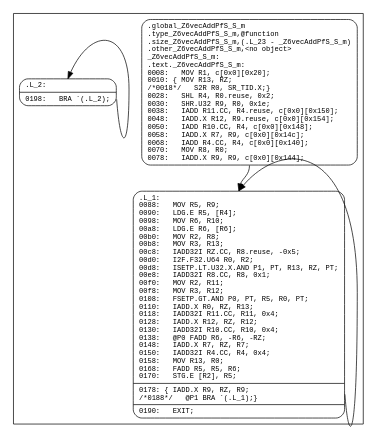
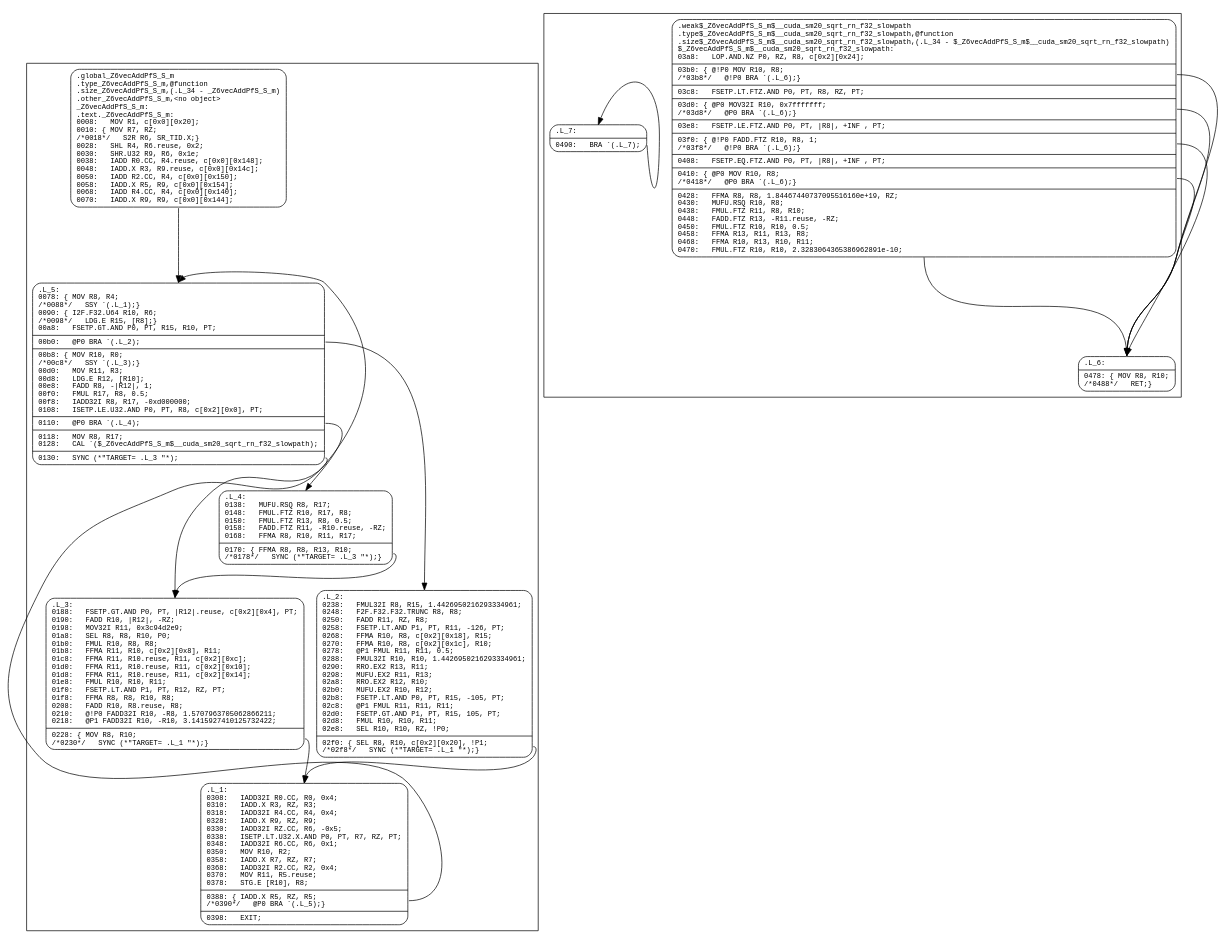
Before and after one commit to Jokeren/hpctoolkit-gpu-samples: the diagram in utils/read_graphviz/data/loop4.dot, drawn with Graphviz. The commit also changed 1 other file, not shown here.

```diff
--- a/utils/read_graphviz/data/loop4.dot
+++ b/utils/read_graphviz/data/loop4.dot
@@ -1,16 +1,47 @@
 digraph f {
 subgraph "cluster__Z6vecAddPfS_S_m" {
 node [fontname="Courier",fontsize=10,shape=Mrecord];
 "_Z6vecAddPfS_S_m"
-[label="{<entry>	.global		_Z6vecAddPfS_S_m\l	.type		_Z6vecAddPfS_S_m,@function\l	.size		_Z6vecAddPfS_S_m,(.L_23\ -\ _Z6vecAddPfS_S_m)\l	.other		_Z6vecAddPfS_S_m,\<no\ object\>\l_Z6vecAddPfS_S_m:\l.text._Z6vecAddPfS_S_m:\l0008:\ \ \ MOV\ R1,\ c\[0x0\]\[0x20\];\l0010:\ \{\ MOV\ R13,\ RZ;\l/*0018*/\ \ \ S2R\ R0,\ SR_TID.X;\}\l0028:\ \ \ SHL\ R4,\ R0.reuse,\ 0x2;\l0030:\ \ \ SHR.U32\ R9,\ R0,\ 0x1e;\l0038:\ \ \ IADD\ R11.CC,\ R4.reuse,\ c\[0x0\]\[0x150\];\l0048:\ \ \ IADD.X\ R12,\ R9.reuse,\ c\[0x0\]\[0x154\];\l0050:\ \ \ IADD\ R10.CC,\ R4,\ c\[0x0\]\[0x148\];\l0058:\ \ \ IADD.X\ R7,\ R9,\ c\[0x0\]\[0x14c\];\l0068:\ \ \ IADD\ R4.CC,\ R4,\ c\[0x0\]\[0x140\];\l0070:\ \ \ MOV\ R8,\ R0;\l0078:\ \ \ IADD.X\ R9,\ R9,\ c\[0x0\]\[0x144\];\l}"]
-"_Z6vecAddPfS_S_m":entry:s -> ".L_1":entry:n [style=solid];
+[label="{<entry>	.global		_Z6vecAddPfS_S_m\l	.type		_Z6vecAddPfS_S_m,@function\l	.size		_Z6vecAddPfS_S_m,(.L_34\ -\ _Z6vecAddPfS_S_m)\l	.other		_Z6vecAddPfS_S_m,\<no\ object\>\l_Z6vecAddPfS_S_m:\l.text._Z6vecAddPfS_S_m:\l0008:\ \ \ MOV\ R1,\ c\[0x0\]\[0x20\];\l0010:\ \{\ MOV\ R7,\ RZ;\l/*0018*/\ \ \ S2R\ R6,\ SR_TID.X;\}\l0028:\ \ \ SHL\ R4,\ R6.reuse,\ 0x2;\l0030:\ \ \ SHR.U32\ R9,\ R6,\ 0x1e;\l0038:\ \ \ IADD\ R0.CC,\ R4.reuse,\ c\[0x0\]\[0x148\];\l0048:\ \ \ IADD.X\ R3,\ R9.reuse,\ c\[0x0\]\[0x14c\];\l0050:\ \ \ IADD\ R2.CC,\ R4,\ c\[0x0\]\[0x150\];\l0058:\ \ \ IADD.X\ R5,\ R9,\ c\[0x0\]\[0x154\];\l0068:\ \ \ IADD\ R4.CC,\ R4,\ c\[0x0\]\[0x140\];\l0070:\ \ \ IADD.X\ R9,\ R9,\ c\[0x0\]\[0x144\];\l}"]
+"_Z6vecAddPfS_S_m":entry:s -> ".L_5":entry:n [style=solid];
+node [fontname="Courier",fontsize=10,shape=Mrecord];
+".L_5"
+[label="{<entry>.L_5:\l0078:\ \{\ MOV\ R8,\ R4;\l/*0088*/\ \ \ SSY\ `(.L_1);\}\l0090:\ \{\ I2F.F32.U64\ R10,\ R6;\l/*0098*/\ \ \ LDG.E\ R15,\ \[R8\];\}\l00a8:\ \ \ FSETP.GT.AND\ P0,\ PT,\ R15,\ R10,\ PT;\l|<exit0>00b0:\ \ \ @P0\ BRA\ `(.L_2);\l|<exitpost0>00b8:\ \{\ MOV\ R10,\ R0;\l/*00c8*/\ \ \ SSY\ `(.L_3);\}\l00d0:\ \ \ MOV\ R11,\ R3;\l00d8:\ \ \ LDG.E\ R12,\ \[R10\];\l00e8:\ \ \ FADD\ R8,\ -\|R12\|,\ 1;\l00f0:\ \ \ FMUL\ R17,\ R8,\ 0.5;\l00f8:\ \ \ IADD32I\ R8,\ R17,\ -0xd000000;\l0108:\ \ \ ISETP.LE.U32.AND\ P0,\ PT,\ R8,\ c\[0x2\]\[0x0\],\ PT;\l|<exit1>0110:\ \ \ @P0\ BRA\ `(.L_4);\l|<exitpost1>0118:\ \ \ MOV\ R8,\ R17;\l0128:\ \ \ CAL\ `($_Z6vecAddPfS_S_m$__cuda_sm20_sqrt_rn_f32_slowpath);\l|<exit2>0130:\ \ \ SYNC\ (*\"TARGET=\ .L_3\ \"*);\l}"]
+".L_5":exit0:e -> ".L_2":entry:n [style=solid];
+".L_5":exit1:e -> ".L_4":entry:n [style=solid];
+".L_5":exit2:e -> ".L_3":entry:n [style=solid];
+node [fontname="Courier",fontsize=10,shape=Mrecord];
+".L_4"
+[label="{<entry>.L_4:\l0138:\ \ \ MUFU.RSQ\ R8,\ R17;\l0148:\ \ \ FMUL.FTZ\ R10,\ R17,\ R8;\l0150:\ \ \ FMUL.FTZ\ R13,\ R8,\ 0.5;\l0158:\ \ \ FADD.FTZ\ R11,\ -R10.reuse,\ -RZ;\l0168:\ \ \ FFMA\ R8,\ R10,\ R11,\ R17;\l|<exit0>0170:\ \{\ FFMA\ R8,\ R8,\ R13,\ R10;\l/*0178*/\ \ \ SYNC\ (*\"TARGET=\ .L_3\ \"*);\}\l}"]
+".L_4":exit0:e -> ".L_3":entry:n [style=solid];
+node [fontname="Courier",fontsize=10,shape=Mrecord];
+".L_3"
+[label="{<entry>.L_3:\l0188:\ \ \ FSETP.GT.AND\ P0,\ PT,\ \|R12\|.reuse,\ c\[0x2\]\[0x4\],\ PT;\l0190:\ \ \ FADD\ R10,\ \|R12\|,\ -RZ;\l0198:\ \ \ MOV32I\ R11,\ 0x3c94d2e9;\l01a8:\ \ \ SEL\ R8,\ R8,\ R10,\ P0;\l01b0:\ \ \ FMUL\ R10,\ R8,\ R8;\l01b8:\ \ \ FFMA\ R11,\ R10,\ c\[0x2\]\[0x8\],\ R11;\l01c8:\ \ \ FFMA\ R11,\ R10.reuse,\ R11,\ c\[0x2\]\[0xc\];\l01d0:\ \ \ FFMA\ R11,\ R10.reuse,\ R11,\ c\[0x2\]\[0x10\];\l01d8:\ \ \ FFMA\ R11,\ R10.reuse,\ R11,\ c\[0x2\]\[0x14\];\l01e8:\ \ \ FMUL\ R10,\ R10,\ R11;\l01f0:\ \ \ FSETP.LT.AND\ P1,\ PT,\ R12,\ RZ,\ PT;\l01f8:\ \ \ FFMA\ R8,\ R8,\ R10,\ R8;\l0208:\ \ \ FADD\ R10,\ R8.reuse,\ R8;\l0210:\ \ \ @!P0\ FADD32I\ R10,\ -R8,\ 1.5707963705062866211;\l0218:\ \ \ @P1\ FADD32I\ R10,\ -R10,\ 3.1415927410125732422;\l|<exit0>0228:\ \{\ MOV\ R8,\ R10;\l/*0230*/\ \ \ SYNC\ (*\"TARGET=\ .L_1\ \"*);\}\l}"]
+".L_3":exit0:e -> ".L_1":entry:n [style=solid];
+node [fontname="Courier",fontsize=10,shape=Mrecord];
+".L_2"
+[label="{<entry>.L_2:\l0238:\ \ \ FMUL32I\ R8,\ R15,\ 1.4426950216293334961;\l0248:\ \ \ F2F.F32.F32.TRUNC\ R8,\ R8;\l0250:\ \ \ FADD\ R11,\ RZ,\ R8;\l0258:\ \ \ FSETP.LT.AND\ P1,\ PT,\ R11,\ -126,\ PT;\l0268:\ \ \ FFMA\ R10,\ R8,\ c\[0x2\]\[0x18\],\ R15;\l0270:\ \ \ FFMA\ R10,\ R8,\ c\[0x2\]\[0x1c\],\ R10;\l0278:\ \ \ @P1\ FMUL\ R11,\ R11,\ 0.5;\l0288:\ \ \ FMUL32I\ R10,\ R10,\ 1.4426950216293334961;\l0290:\ \ \ RRO.EX2\ R13,\ R11;\l0298:\ \ \ MUFU.EX2\ R11,\ R13;\l02a8:\ \ \ RRO.EX2\ R12,\ R10;\l02b0:\ \ \ MUFU.EX2\ R10,\ R12;\l02b8:\ \ \ FSETP.LT.AND\ P0,\ PT,\ R15,\ -105,\ PT;\l02c8:\ \ \ @P1\ FMUL\ R11,\ R11,\ R11;\l02d0:\ \ \ FSETP.GT.AND\ P1,\ PT,\ R15,\ 105,\ PT;\l02d8:\ \ \ FMUL\ R10,\ R10,\ R11;\l02e8:\ \ \ SEL\ R10,\ R10,\ RZ,\ !P0;\l|<exit0>02f0:\ \{\ SEL\ R8,\ R10,\ c\[0x2\]\[0x20\],\ !P1;\l/*02f8*/\ \ \ SYNC\ (*\"TARGET=\ .L_1\ \"*);\}\l}"]
+".L_2":exit0:e -> ".L_1":entry:n [style=solid];
 node [fontname="Courier",fontsize=10,shape=Mrecord];
 ".L_1"
-[label="{<entry>.L_1:\l0088:\ \ \ MOV\ R5,\ R9;\l0090:\ \ \ LDG.E\ R5,\ \[R4\];\l0098:\ \ \ MOV\ R6,\ R10;\l00a8:\ \ \ LDG.E\ R6,\ \[R6\];\l00b0:\ \ \ MOV\ R2,\ R8;\l00b8:\ \ \ MOV\ R3,\ R13;\l00c8:\ \ \ IADD32I\ RZ.CC,\ R8.reuse,\ -0x5;\l00d0:\ \ \ I2F.F32.U64\ R0,\ R2;\l00d8:\ \ \ ISETP.LT.U32.X.AND\ P1,\ PT,\ R13,\ RZ,\ PT;\l00e8:\ \ \ IADD32I\ R8.CC,\ R8,\ 0x1;\l00f0:\ \ \ MOV\ R2,\ R11;\l00f8:\ \ \ MOV\ R3,\ R12;\l0108:\ \ \ FSETP.GT.AND\ P0,\ PT,\ R5,\ R0,\ PT;\l0110:\ \ \ IADD.X\ R0,\ RZ,\ R13;\l0118:\ \ \ IADD32I\ R11.CC,\ R11,\ 0x4;\l0128:\ \ \ IADD.X\ R12,\ RZ,\ R12;\l0130:\ \ \ IADD32I\ R10.CC,\ R10,\ 0x4;\l0138:\ \ \ @P0\ FADD\ R6,\ -R6,\ -RZ;\l0148:\ \ \ IADD.X\ R7,\ RZ,\ R7;\l0150:\ \ \ IADD32I\ R4.CC,\ R4,\ 0x4;\l0158:\ \ \ MOV\ R13,\ R0;\l0168:\ \ \ FADD\ R5,\ R5,\ R6;\l0170:\ \ \ STG.E\ \[R2\],\ R5;\l|<exit0>0178:\ \{\ IADD.X\ R9,\ RZ,\ R9;\l/*0188*/\ \ \ @P1\ BRA\ `(.L_1);\}\l|<exit1>0190:\ \ \ EXIT;\l}"]
-".L_1":exit0:e -> ".L_1":entry:n [style=solid];
+[label="{<entry>.L_1:\l0308:\ \ \ IADD32I\ R0.CC,\ R0,\ 0x4;\l0310:\ \ \ IADD.X\ R3,\ RZ,\ R3;\l0318:\ \ \ IADD32I\ R4.CC,\ R4,\ 0x4;\l0328:\ \ \ IADD.X\ R9,\ RZ,\ R9;\l0330:\ \ \ IADD32I\ RZ.CC,\ R6,\ -0x5;\l0338:\ \ \ ISETP.LT.U32.X.AND\ P0,\ PT,\ R7,\ RZ,\ PT;\l0348:\ \ \ IADD32I\ R6.CC,\ R6,\ 0x1;\l0350:\ \ \ MOV\ R10,\ R2;\l0358:\ \ \ IADD.X\ R7,\ RZ,\ R7;\l0368:\ \ \ IADD32I\ R2.CC,\ R2,\ 0x4;\l0370:\ \ \ MOV\ R11,\ R5.reuse;\l0378:\ \ \ STG.E\ \[R10\],\ R8;\l|<exit0>0388:\ \{\ IADD.X\ R5,\ RZ,\ R5;\l/*0390*/\ \ \ @P0\ BRA\ `(.L_5);\}\l|<exit1>0398:\ \ \ EXIT;\l}"]
+".L_1":exit0:e -> ".L_5":entry:n [style=solid];
+}
+subgraph "cluster_$_Z6vecAddPfS_S_m$__cuda_sm20_sqrt_rn_f32_slowpath" {
 node [fontname="Courier",fontsize=10,shape=Mrecord];
-".L_2"
-[label="{<entry>.L_2:\l|<exit0>0198:\ \ \ BRA\ `(.L_2);\l}"]
-".L_2":exit0:e -> ".L_2":entry:n [style=solid];
+"$_Z6vecAddPfS_S_m$__cuda_sm20_sqrt_rn_f32_slowpath"
+[label="{<entry>	.weak		$_Z6vecAddPfS_S_m$__cuda_sm20_sqrt_rn_f32_slowpath\l	.type		$_Z6vecAddPfS_S_m$__cuda_sm20_sqrt_rn_f32_slowpath,@function\l	.size		$_Z6vecAddPfS_S_m$__cuda_sm20_sqrt_rn_f32_slowpath,(.L_34\ -\ $_Z6vecAddPfS_S_m$__cuda_sm20_sqrt_rn_f32_slowpath)\l$_Z6vecAddPfS_S_m$__cuda_sm20_sqrt_rn_f32_slowpath:\l03a8:\ \ \ LOP.AND.NZ\ P0,\ RZ,\ R8,\ c\[0x2\]\[0x24\];\l|<exit0>03b0:\ \{\ @!P0\ MOV\ R10,\ R8;\l/*03b8*/\ \ \ @!P0\ BRA\ `(.L_6);\}\l|<exitpost0>03c8:\ \ \ FSETP.LT.FTZ.AND\ P0,\ PT,\ R8,\ RZ,\ PT;\l|<exit1>03d0:\ \{\ @P0\ MOV32I\ R10,\ 0x7fffffff;\l/*03d8*/\ \ \ @P0\ BRA\ `(.L_6);\}\l|<exitpost1>03e8:\ \ \ FSETP.LE.FTZ.AND\ P0,\ PT,\ \|R8\|,\ +INF\ ,\ PT;\l|<exit2>03f0:\ \{\ @!P0\ FADD.FTZ\ R10,\ R8,\ 1;\l/*03f8*/\ \ \ @!P0\ BRA\ `(.L_6);\}\l|<exitpost2>0408:\ \ \ FSETP.EQ.FTZ.AND\ P0,\ PT,\ \|R8\|,\ +INF\ ,\ PT;\l|<exit3>0410:\ \{\ @P0\ MOV\ R10,\ R8;\l/*0418*/\ \ \ @P0\ BRA\ `(.L_6);\}\l|<exitpost3>0428:\ \ \ FFMA\ R8,\ R8,\ 1.84467440737095516160e+19,\ RZ;\l0430:\ \ \ MUFU.RSQ\ R10,\ R8;\l0438:\ \ \ FMUL.FTZ\ R11,\ R8,\ R10;\l0448:\ \ \ FADD.FTZ\ R13,\ -R11.reuse,\ -RZ;\l0450:\ \ \ FMUL.FTZ\ R10,\ R10,\ 0.5;\l0458:\ \ \ FFMA\ R13,\ R11,\ R13,\ R8;\l0468:\ \ \ FFMA\ R10,\ R13,\ R10,\ R11;\l0470:\ \ \ FMUL.FTZ\ R10,\ R10,\ 2.3283064365386962891e-10;\l}"]
+"$_Z6vecAddPfS_S_m$__cuda_sm20_sqrt_rn_f32_slowpath":exit0:e -> ".L_6":entry:n [style=solid];
+"$_Z6vecAddPfS_S_m$__cuda_sm20_sqrt_rn_f32_slowpath":exit1:e -> ".L_6":entry:n [style=solid];
+"$_Z6vecAddPfS_S_m$__cuda_sm20_sqrt_rn_f32_slowpath":exit2:e -> ".L_6":entry:n [style=solid];
+"$_Z6vecAddPfS_S_m$__cuda_sm20_sqrt_rn_f32_slowpath":exit3:e -> ".L_6":entry:n [style=solid];
+"$_Z6vecAddPfS_S_m$__cuda_sm20_sqrt_rn_f32_slowpath":exitpost3:s -> ".L_6":entry:n [style=solid];
+node [fontname="Courier",fontsize=10,shape=Mrecord];
+".L_6"
+[label="{<entry>.L_6:\l|<exit0>0478:\ \{\ MOV\ R8,\ R10;\l/*0488*/\ \ \ RET;\}\l}"]
+node [fontname="Courier",fontsize=10,shape=Mrecord];
+".L_7"
+[label="{<entry>.L_7:\l|<exit0>0490:\ \ \ BRA\ `(.L_7);\l}"]
+".L_7":exit0:e -> ".L_7":entry:n [style=solid];
 }
 }
```
